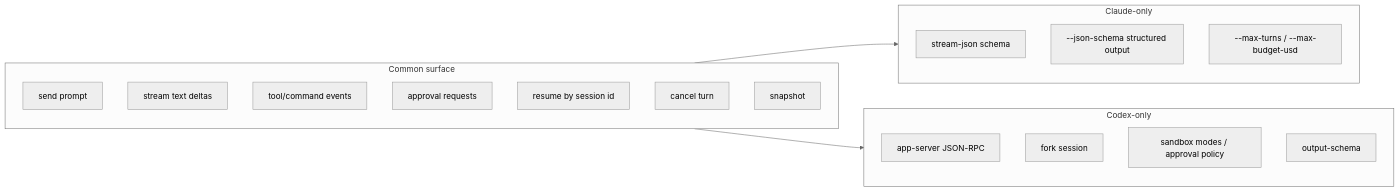
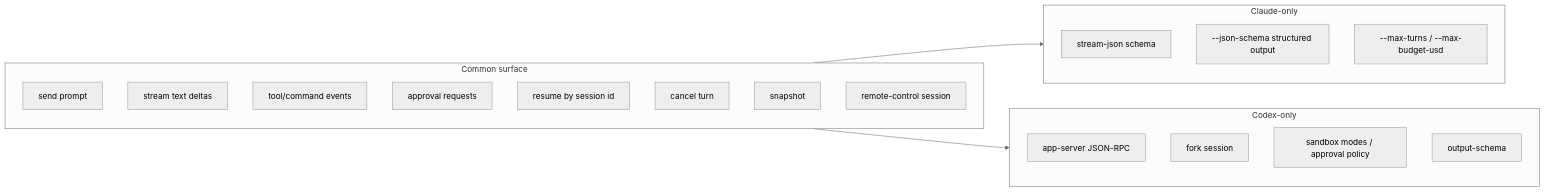
Before and after one commit to Alyxion/yikes: the diagram in docs/backends/index.md, drawn with Mermaid (neutral theme). The commit also changed other lines of this file and 9 other files, not shown here.

````diff
--- a/docs/backends/index.md
+++ b/docs/backends/index.md
@@ -19,25 +19,26 @@
 ```mermaid
 flowchart LR
     subgraph common[Common surface]
         c1[send prompt]
         c2[stream text deltas]
         c3[tool/command events]
         c4[approval requests]
         c5[resume by session id]
         c6[cancel turn]
         c7[snapshot]
+        c8[remote-control session]
     end
     subgraph claude_only[Claude-only]
         cc1[stream-json schema]
         cc2[--json-schema structured output]
         cc3[--max-turns / --max-budget-usd]
     end
     subgraph codex_only[Codex-only]
         co1[app-server JSON-RPC]
         co2[fork session]
         co3[sandbox modes / approval policy]
         co4[output-schema]
     end
     common --> claude_only
     common --> codex_only
 ```
````
